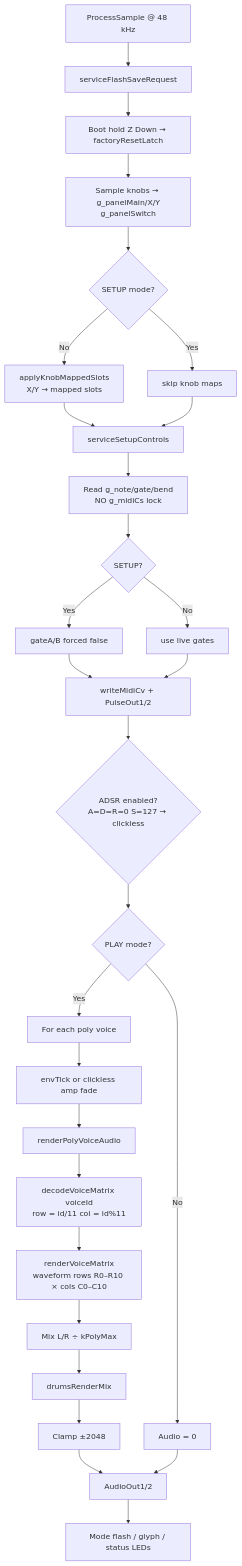
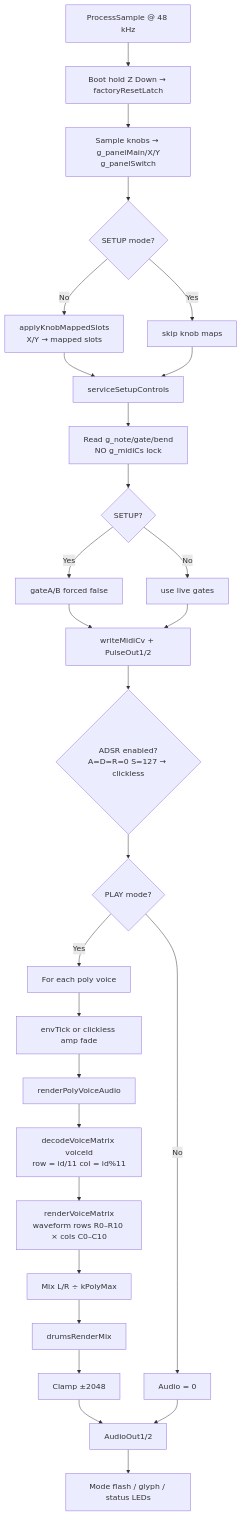
One commit to TomWhitwell/Workshop_Computer changed the fifth of 10 diagrams in releases/92_usb_midi_host_synth/docs/developer/CONTROL_FLOW.md. Above: the diagram before and after it, drawn with Mermaid. The commit also changed other lines of this file and 11 other files, not shown here.

````diff
--- a/releases/92_usb_midi_host_synth/docs/developer/CONTROL_FLOW.md
+++ b/releases/92_usb_midi_host_synth/docs/developer/CONTROL_FLOW.md
@@ -208,36 +209,35 @@
 ```mermaid
 flowchart TD
-    START[ProcessSample @ 48 kHz] --> SF[serviceFlashSaveRequest]
-    SF --> BOOT[Boot hold Z Down → factoryResetLatch]
+    START[ProcessSample @ 48 kHz] --> BOOT[Boot hold Z Down → factoryResetLatch]
     BOOT --> PANEL[Sample knobs → g_panelMain/X/Y<br/>g_panelSwitch]
     PANEL --> KM{SETUP mode?}
     KM -->|No| KMAP[applyKnobMappedSlots<br/>X/Y → mapped slots]
     KM -->|Yes| SKIP_K[skip knob maps]
     KMAP --> SC[serviceSetupControls]
     SKIP_K --> SC
 
     SC --> READ[Read g_note/gate/bend<br/>NO g_midiCs lock]
     READ --> SETUP_GATE{SETUP?}
     SETUP_GATE -->|Yes| MUTE[gateA/B forced false]
     SETUP_GATE -->|No| LIVE[use live gates]
 
     MUTE --> CV[writeMidiCv + PulseOut1/2]
     LIVE --> CV
 
     CV --> ADSR_CHK{ADSR enabled?<br/>A=D=R=0 S=127 → clickless}
     ADSR_CHK --> PLAY{PLAY mode?}
     PLAY -->|No| ZERO[Audio = 0]
     PLAY -->|Yes| MIX[For each poly voice]
 
     MIX --> ENV[envTick or clickless amp fade]
     ENV --> RENDER[renderPolyVoiceAudio]
     RENDER --> DECODE[decodeVoiceMatrix voiceId<br/>row = id/11 col = id%11]
     DECODE --> VM[renderVoiceMatrix<br/>waveform rows R0–R10 × cols C0–C10]
     VM --> SUM[Mix L/R ÷ kPolyMax]
     SUM --> DRUMS[drumsRenderMix]
     DRUMS --> CLIP[Clamp ±2048]
     CLIP --> OUT[AudioOut1/2]
 
     ZERO --> OUT
     OUT --> LEDS[Mode flash / glyph / status LEDs]
 ```
````
